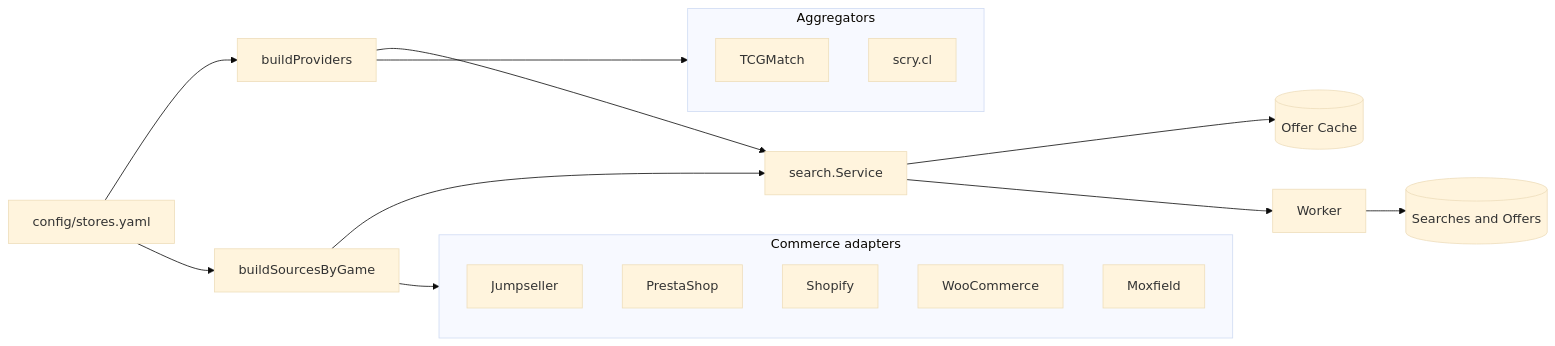
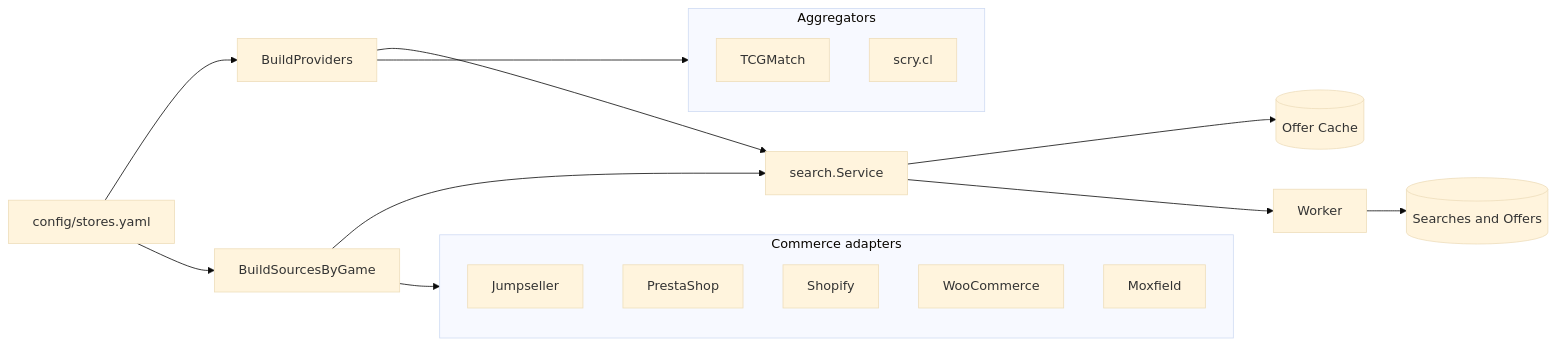
One commit to metaliaw/muchi changed the second of 2 diagrams in backend/docs/game-search-providers.md. Above: the diagram before and after it, drawn with Mermaid (base theme). The commit also changed 3 other files, not shown here.

````diff
--- a/backend/docs/game-search-providers.md
+++ b/backend/docs/game-search-providers.md
@@ -41,27 +41,27 @@
 ```mermaid
 flowchart LR
-    YAML[config/stores.yaml] --> Providers[buildProviders]
-    YAML --> GameSources[buildSourcesByGame]
+    YAML[config/stores.yaml] --> Providers[BuildProviders]
+    YAML --> GameSources[BuildSourcesByGame]
 
     Providers --> Service[search.Service]
     GameSources --> Service
 
     subgraph Aggregators[Aggregators]
         TCGMatch[TCGMatch]
         ScryCL[scry.cl]
     end
 
     subgraph Commerce[Commerce adapters]
         Jumpseller[Jumpseller]
         PrestaShop[PrestaShop]
         Shopify[Shopify]
         WooCommerce[WooCommerce]
         Moxfield[Moxfield]
     end
 
     Providers --> Aggregators
     GameSources --> Commerce
     Service --> Cache[(Offer Cache)]
     Service --> Worker[Worker]
     Worker --> Firestore[(Searches and Offers)]
 ```
````
